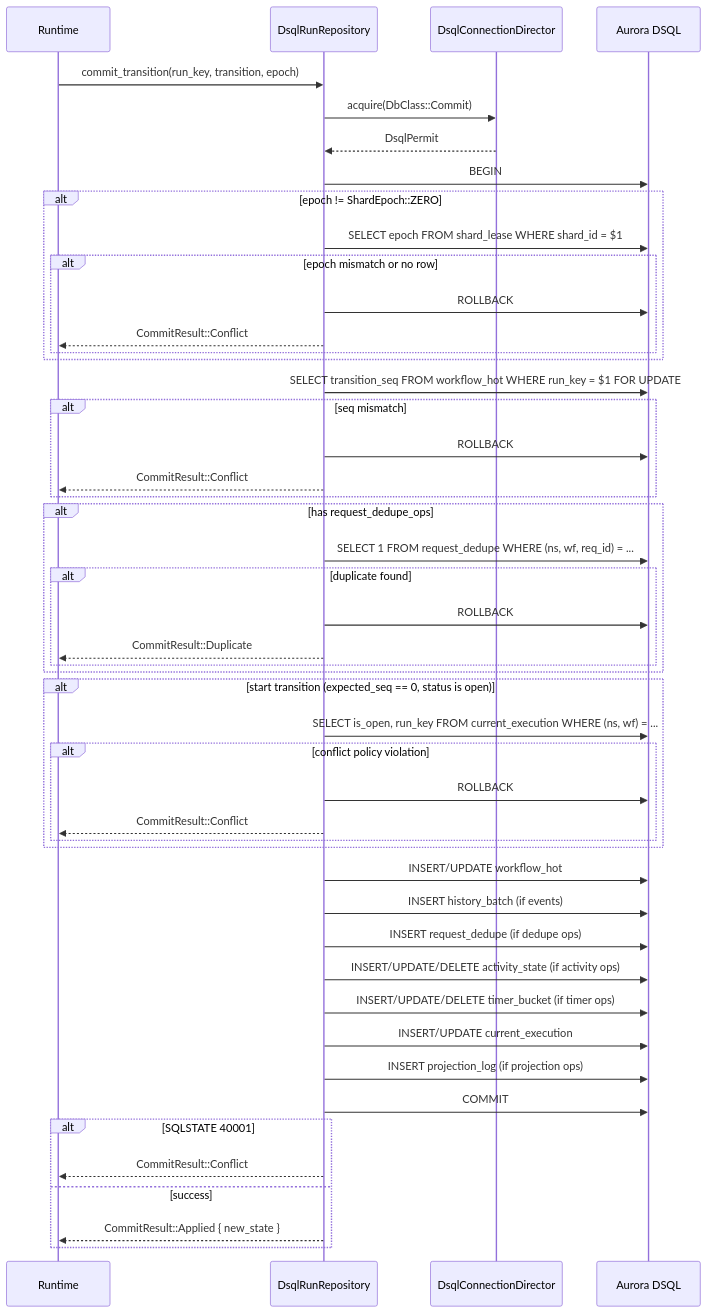
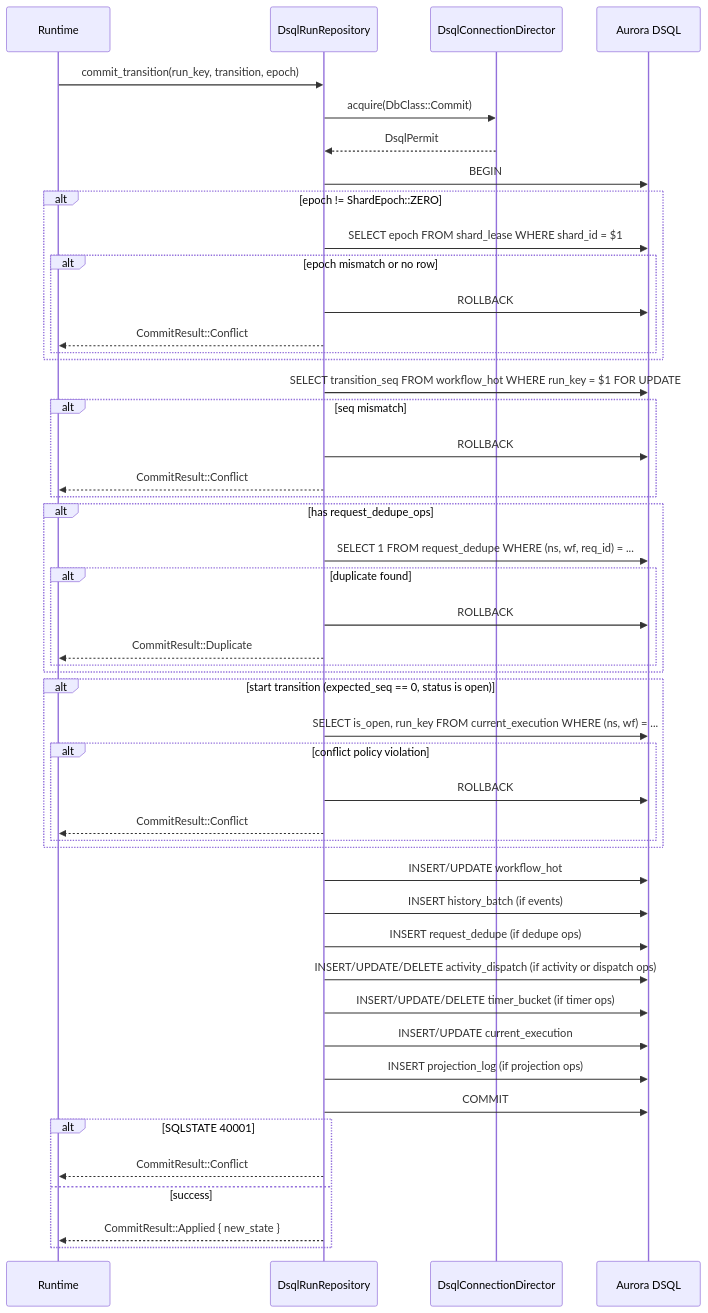
The second of 3 diagrams in .kiro/specs/dsql-core-persistence/design.md (tokeira/tokeira), drawn with Mermaid before and after one commit. The commit also changed other lines of this file and 16 other files, not shown here.

````diff
--- a/.kiro/specs/dsql-core-persistence/design.md
+++ b/.kiro/specs/dsql-core-persistence/design.md
@@ -86,57 +86,57 @@
 ```mermaid
 sequenceDiagram
     participant RT as Runtime
     participant REPO as DsqlRunRepository
     participant DIR as DsqlConnectionDirector
     participant DB as Aurora DSQL
 
     RT->>REPO: commit_transition(run_key, transition, epoch)
     REPO->>DIR: acquire(DbClass::Commit)
     DIR-->>REPO: DsqlPermit
     REPO->>DB: BEGIN
     
     alt epoch != ShardEpoch::ZERO
         REPO->>DB: SELECT epoch FROM shard_lease WHERE shard_id = $1
         alt epoch mismatch or no row
             REPO->>DB: ROLLBACK
             REPO-->>RT: CommitResult::Conflict
         end
     end
 
     REPO->>DB: SELECT transition_seq FROM workflow_hot WHERE run_key = $1 FOR UPDATE
     alt seq mismatch
         REPO->>DB: ROLLBACK
         REPO-->>RT: CommitResult::Conflict
     end
 
     alt has request_dedupe_ops
         REPO->>DB: SELECT 1 FROM request_dedupe WHERE (ns, wf, req_id) = ...
         alt duplicate found
             REPO->>DB: ROLLBACK
             REPO-->>RT: CommitResult::Duplicate
         end
     end
 
     alt start transition (expected_seq == 0, status is open)
         REPO->>DB: SELECT is_open, run_key FROM current_execution WHERE (ns, wf) = ...
         alt conflict policy violation
             REPO->>DB: ROLLBACK
             REPO-->>RT: CommitResult::Conflict
         end
     end
 
     REPO->>DB: INSERT/UPDATE workflow_hot
     REPO->>DB: INSERT history_batch (if events)
     REPO->>DB: INSERT request_dedupe (if dedupe ops)
-    REPO->>DB: INSERT/UPDATE/DELETE activity_state (if activity ops)
+    REPO->>DB: INSERT/UPDATE/DELETE activity_dispatch (if activity or dispatch ops)
     REPO->>DB: INSERT/UPDATE/DELETE timer_bucket (if timer ops)
     REPO->>DB: INSERT/UPDATE current_execution
     REPO->>DB: INSERT projection_log (if projection ops)
     REPO->>DB: COMMIT
     
     alt SQLSTATE 40001
         REPO-->>RT: CommitResult::Conflict
     else success
         REPO-->>RT: CommitResult::Applied { new_state }
     end
 ```
````
